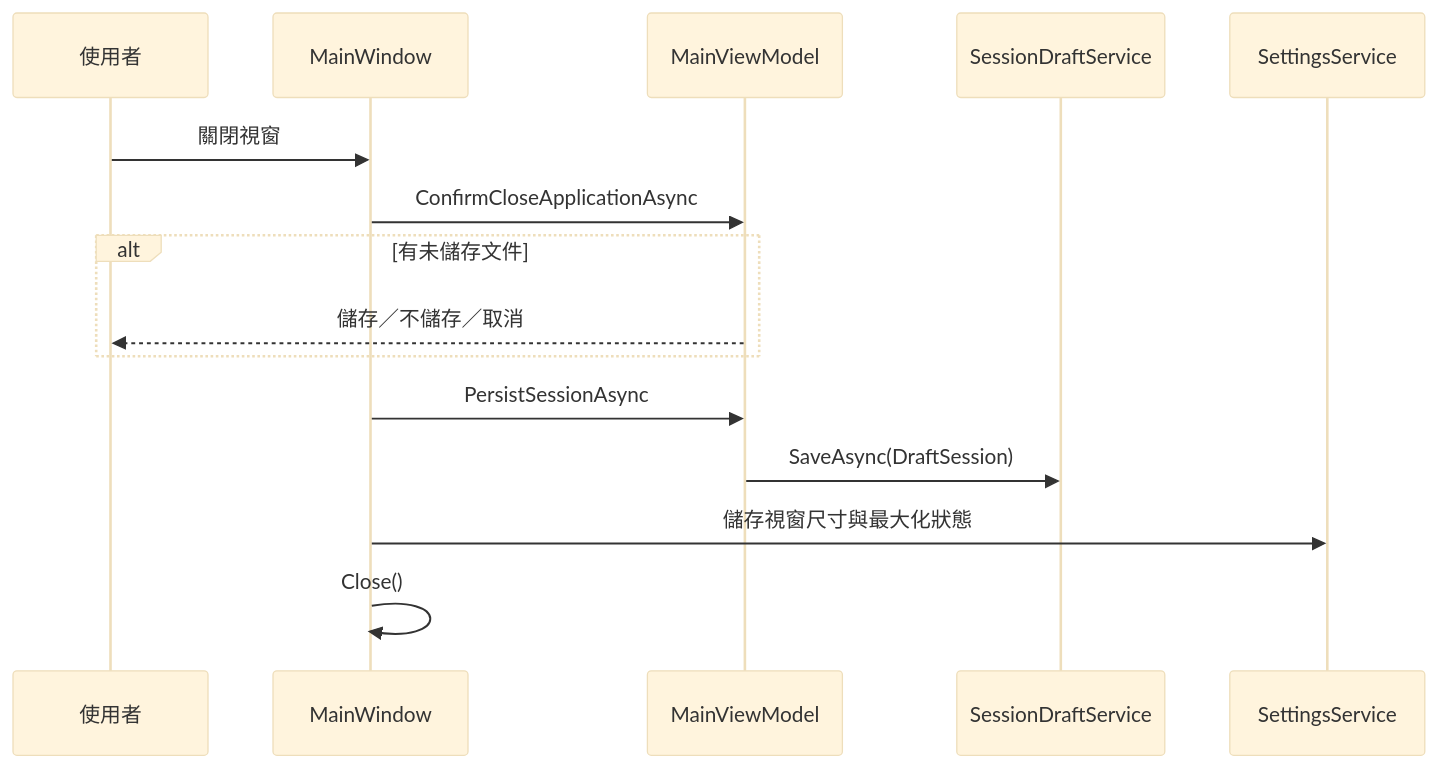
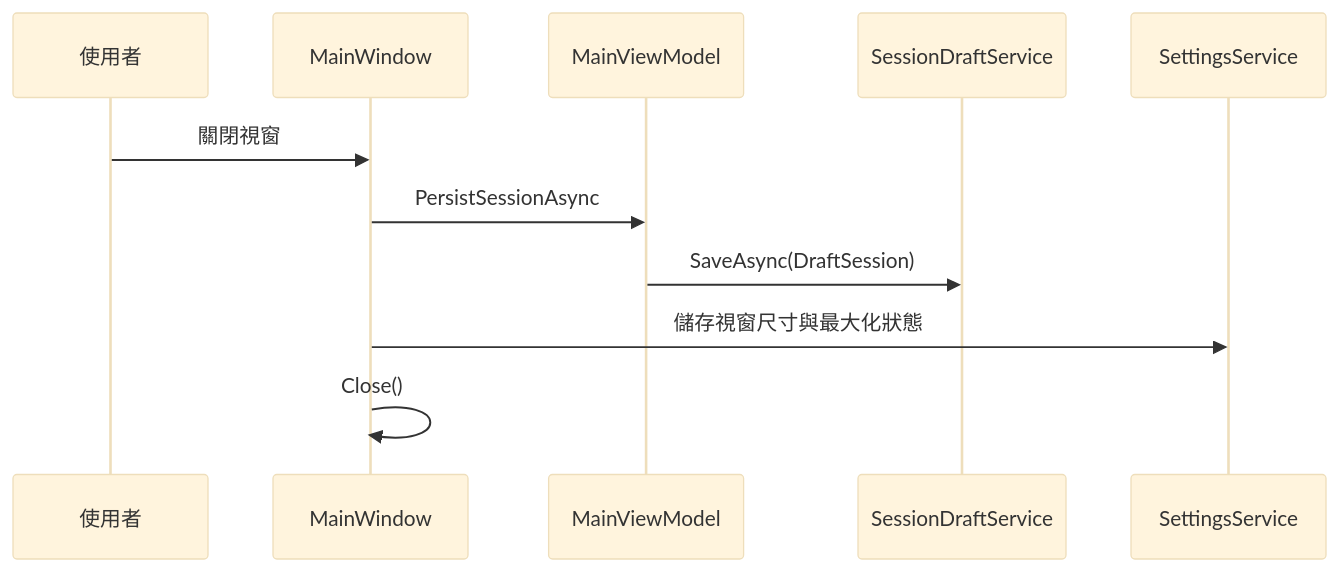
The sixth of 8 diagrams in docs/系統設計.md (mark216tw/win-mdeditor-01), drawn with Mermaid (base theme) before and after one commit. The commit also changed other lines of this file and 41 other files, not shown here.

````diff
--- a/docs/系統設計.md
+++ b/docs/系統設計.md
@@ -226,18 +226,14 @@
 ```mermaid
 sequenceDiagram
     participant User as 使用者
     participant MW as MainWindow
     participant VM as MainViewModel
     participant Draft as SessionDraftService
     participant Settings as SettingsService
 
     User->>MW: 關閉視窗
-    MW->>VM: ConfirmCloseApplicationAsync
-    alt 有未儲存文件
-        VM-->>User: 儲存／不儲存／取消
-    end
     MW->>VM: PersistSessionAsync
     VM->>Draft: SaveAsync(DraftSession)
     MW->>Settings: 儲存視窗尺寸與最大化狀態
     MW->>MW: Close()
 ```
````
